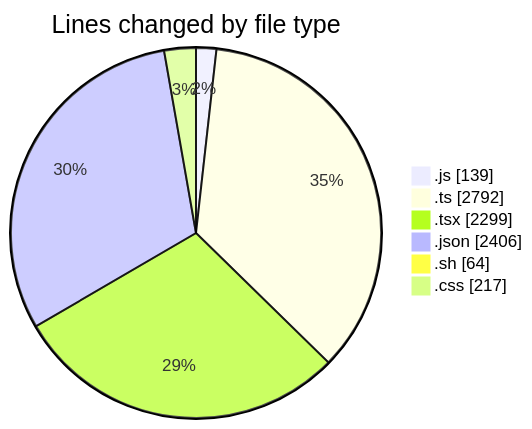
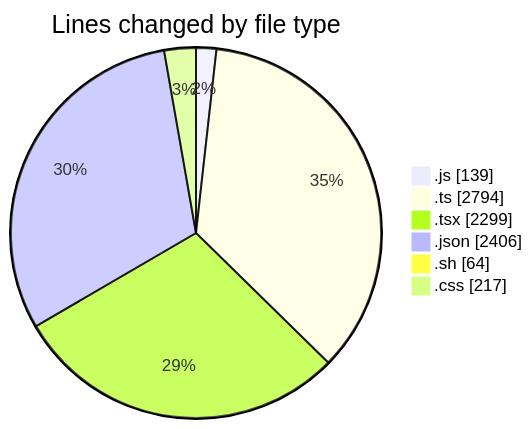
The first of 2 diagrams in 2025-07-14/ribbon/README.md (EIIisD/code-tracking), drawn with Mermaid before and after one commit. The commit also changed other lines of this file and 1 other file, not shown here.

````diff
--- a/2025-07-14/ribbon/README.md
+++ b/2025-07-14/ribbon/README.md
@@ -54,10 +54,10 @@
 ```mermaid
 pie showData
 title Lines changed by file type
 ".js" : 139
-".ts" : 2792
+".ts" : 2794
 ".tsx" : 2299
 ".json" : 2406
 ".sh" : 64
 ".css" : 217
 ```
````
